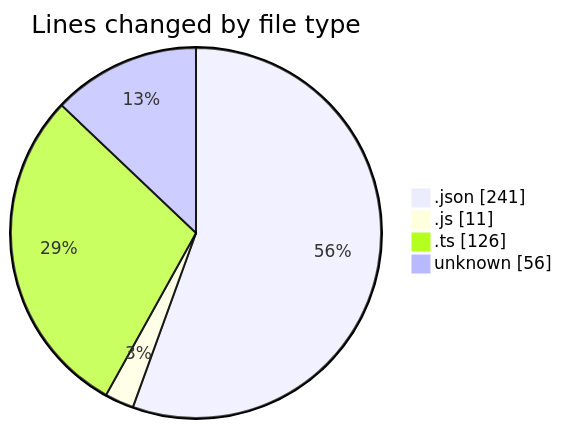
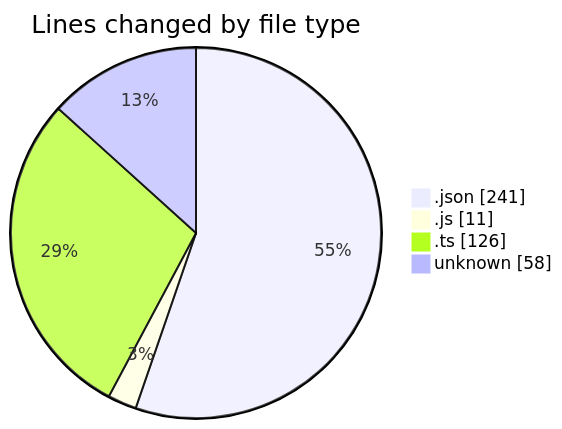
One commit to momahboobian/code-tracking changed the first of 2 diagrams in 2025-05-12/news-clock-system-caspercg/README.md. Above: the diagram before and after it, drawn with Mermaid. The commit also changed other lines of this file and 1 other file, not shown here.

````diff
--- a/2025-05-12/news-clock-system-caspercg/README.md
+++ b/2025-05-12/news-clock-system-caspercg/README.md
@@ -24,8 +24,8 @@
 ```mermaid
 pie showData
 title Lines changed by file type
 ".json" : 241
 ".js" : 11
 ".ts" : 126
-"unknown" : 56
+"unknown" : 58
 ```
````
